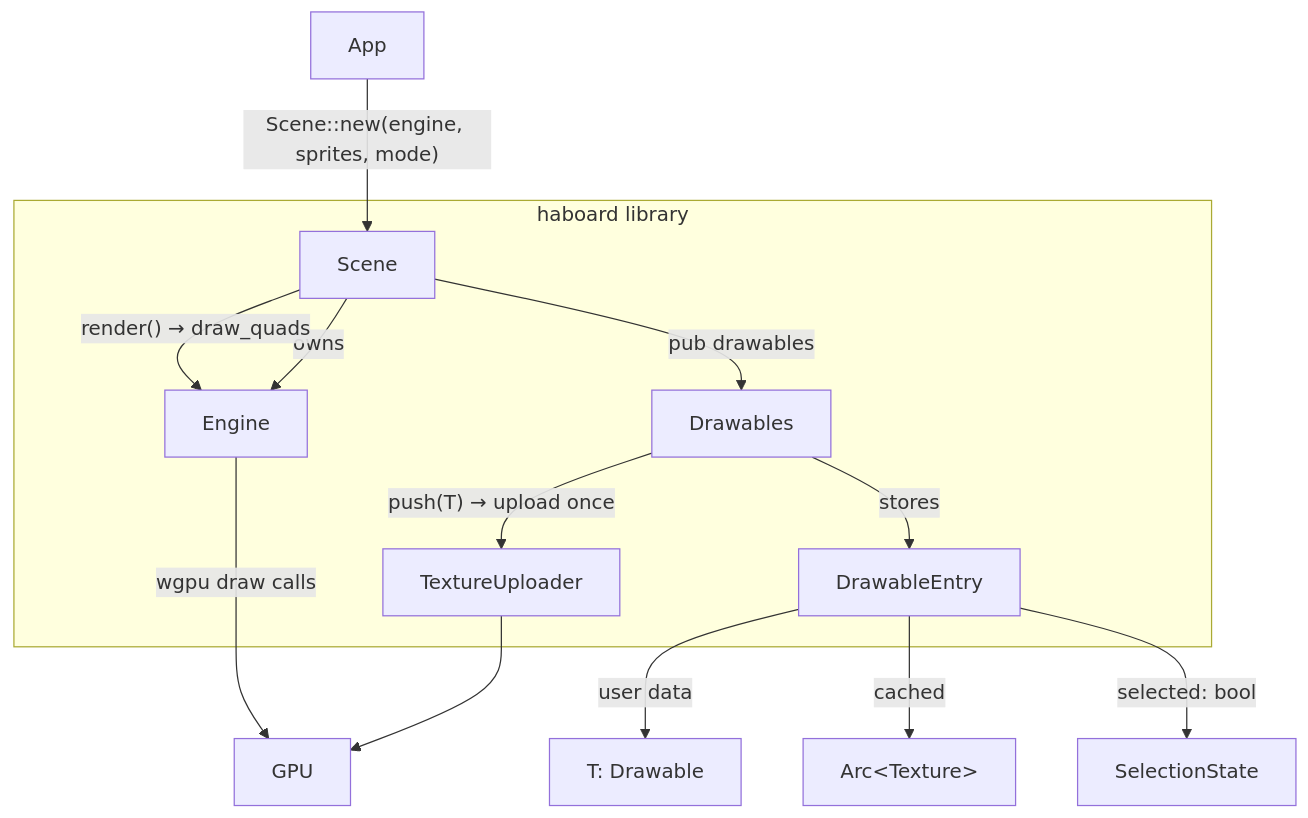
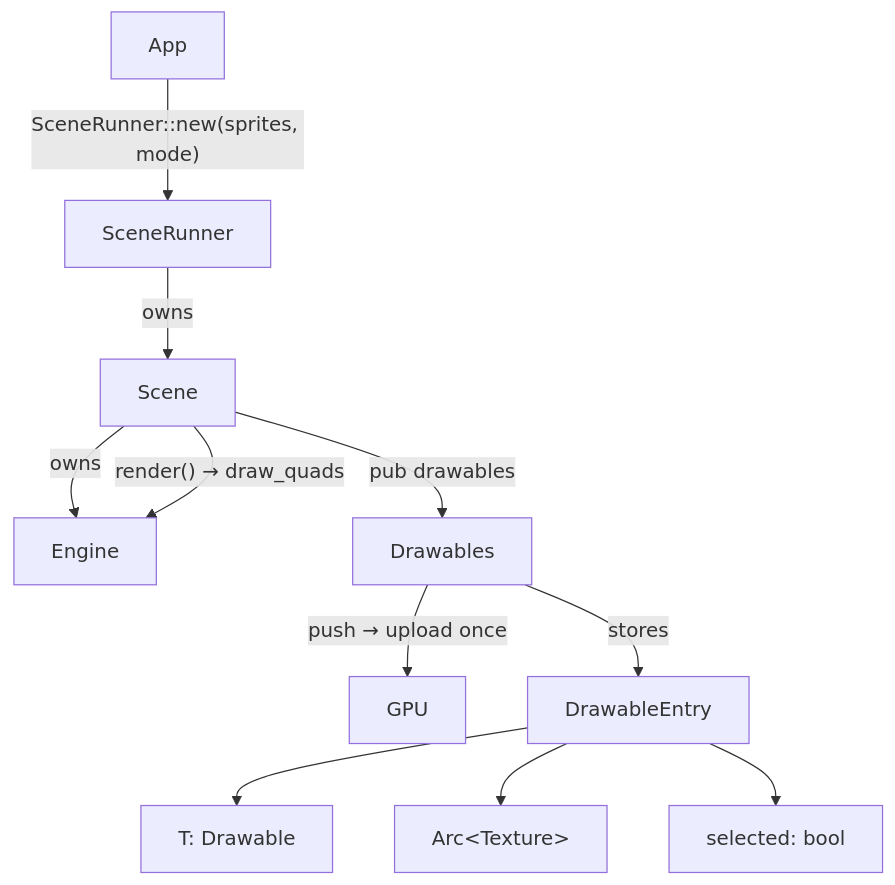
The diagram in README.md (hadeutscher/HaBoard), drawn with Mermaid before and after one commit. The commit also changed other lines of this file, not shown here.

````diff
--- a/README.md
+++ b/README.md
@@ -231,27 +118,13 @@
 ```mermaid
 graph TD
-    App:::accent0 -->|"Scene::new(engine, sprites, mode)"| Scene:::accent3
-
+    App:::accent0 -->|"SceneRunner::new(sprites, mode)"| SceneRunner:::accent3
+    SceneRunner -->|owns| Scene:::accent3
     Scene -->|owns| Engine:::accent1
     Scene -->|"pub drawables"| Drawables:::accent2
-
-    Drawables -->|"push(T) → upload once"| TextureUploader:::accent5
-    TextureUploader --> GPU:::accent4
-
+    Drawables -->|"push → upload once"| GPU:::accent4
     Drawables -->|stores| DrawableEntry:::accent2
-
-    DrawableEntry -->|user data| T["T: Drawable"]:::accent0
-    DrawableEntry -->|cached| GPUTexture["Arc&lt;Texture&gt;"]:::accent5
-    DrawableEntry -->|"selected: bool"| SelectionState:::accent6
-
+    DrawableEntry --> T["T: Drawable"]:::accent0
+    DrawableEntry --> Texture["Arc&lt;Texture&gt;"]:::accent5
+    DrawableEntry --> Selected["selected: bool"]:::accent6
     Scene -->|"render() → draw_quads"| Engine
-    Engine -->|wgpu draw calls| GPU
-
-    subgraph haboard library
-        Engine
-        Scene
-        Drawables
-        DrawableEntry
-        TextureUploader
-    end
 ```
````
